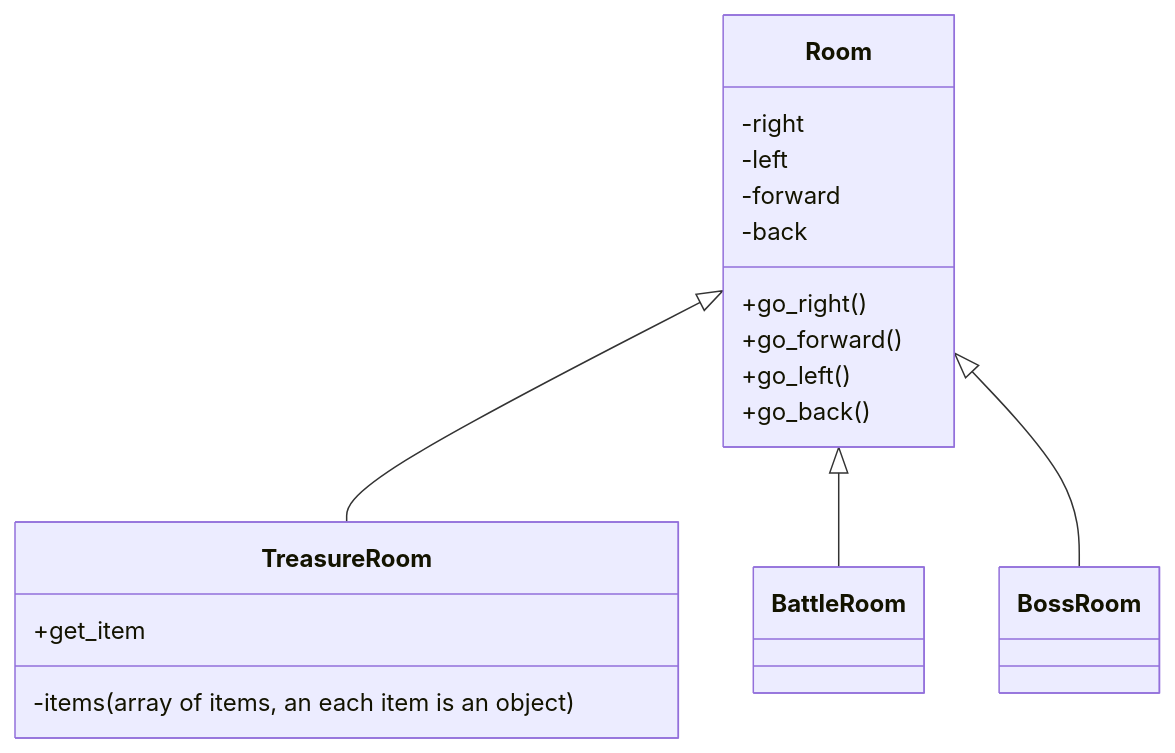
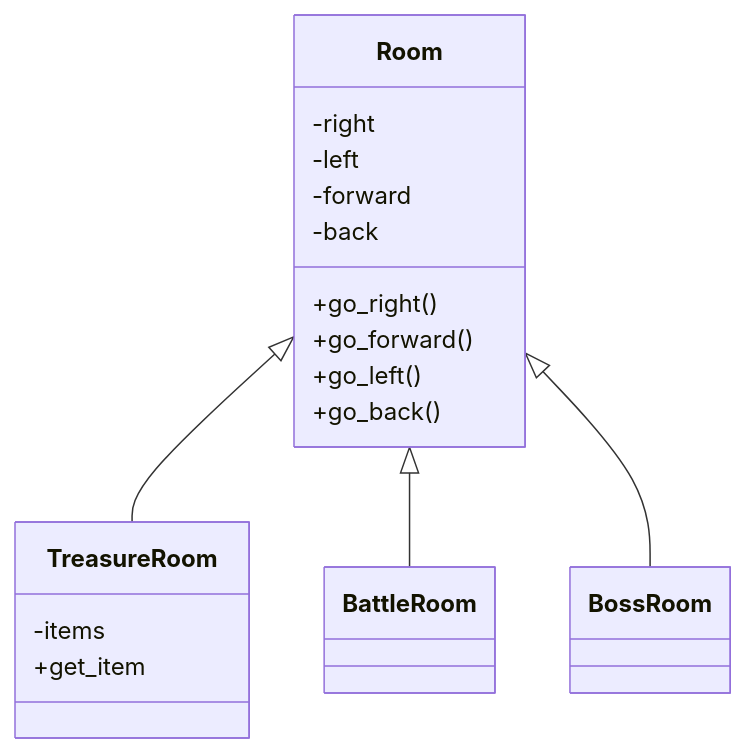
Before and after one commit to edward-yee-ny/j1-summary-project-private-: the first of 3 diagrams in README.md, drawn with Mermaid.

````diff
--- a/README.md
+++ b/README.md
@@ -60,17 +60,17 @@
 ```mermaid
 classDiagram
     Room <|-- TreasureRoom
     Room <|-- BattleRoom
     Room <|-- BossRoom
     Room : -right
     Room : -left
     Room : -forward
     Room : -back
     Room : +go_right()
     Room : +go_forward()
     Room : +go_left()
     Room : +go_back()
-    TreasureRoom : -items(array of items, an each item is an object) 
+    TreasureRoom : -items
     TreasureRoom : +get_item
     
 ```
````
